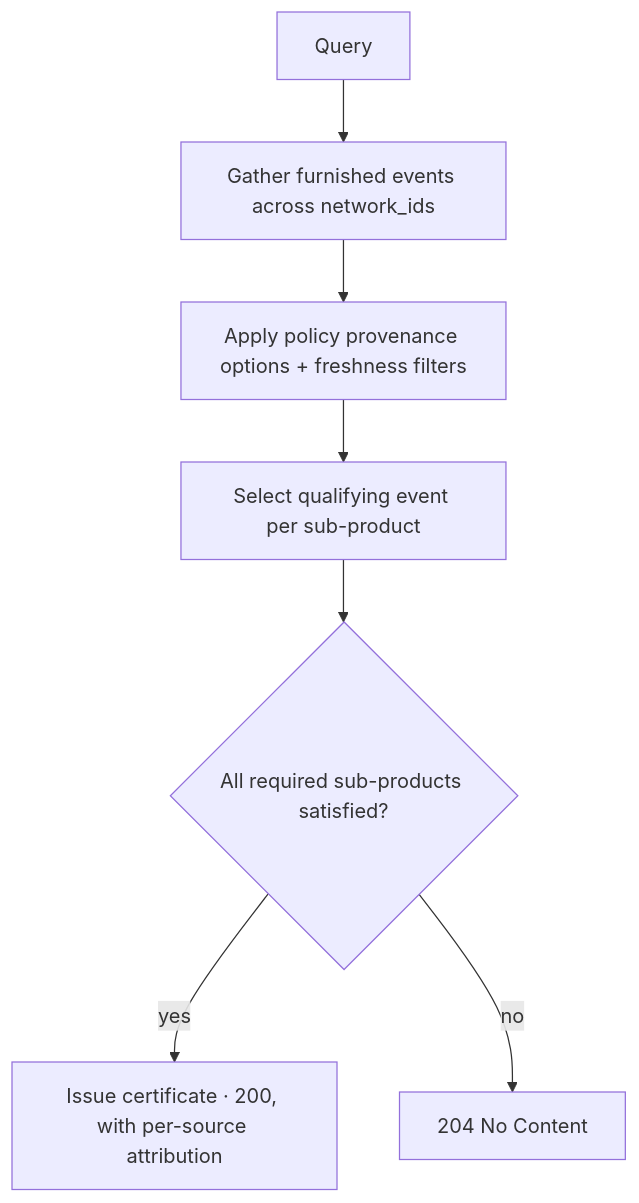
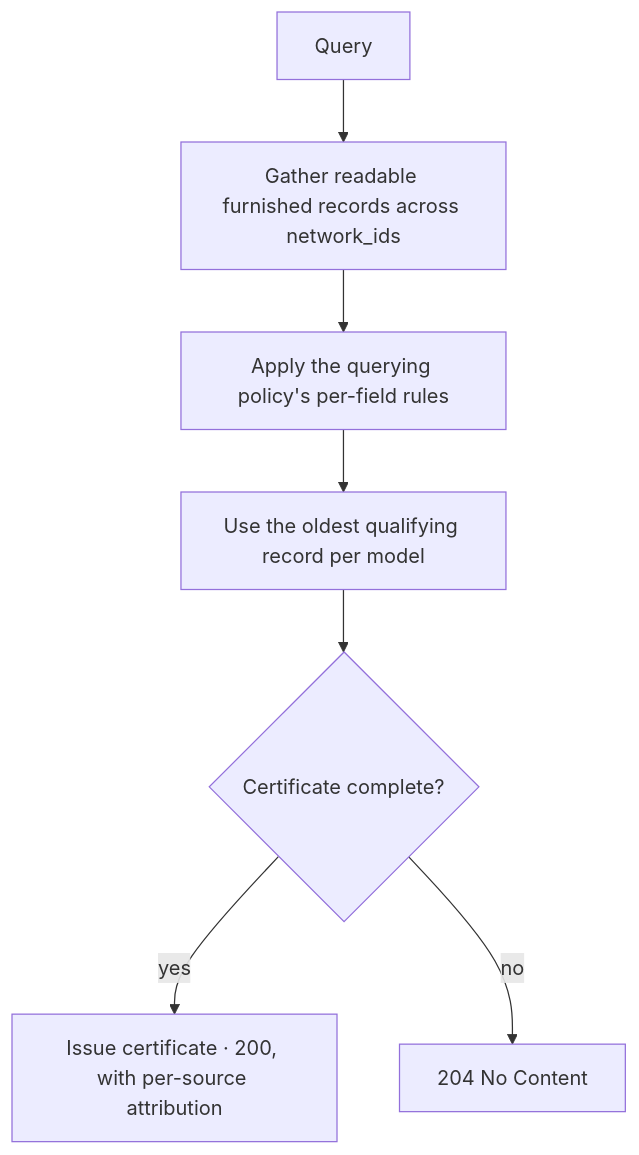
Before and after one commit to solo-finance/docs: the diagram in concepts/trust/provenance.mdx, drawn with Mermaid. The commit also changed other lines of this file and 190 other files, not shown here.

````diff
--- a/concepts/trust/provenance.mdx
+++ b/concepts/trust/provenance.mdx
@@ -78,9 +83,9 @@
 ```mermaid
 flowchart TB
-    Q[Query] --> Gather["Gather furnished events across network_ids"]
-    Gather --> Filter["Apply policy provenance options + freshness filters"]
-    Filter --> Pick["Select qualifying event per sub-product"]
-    Pick --> Decision{All required sub-products satisfied?}
+    Q[Query] --> Gather["Gather readable furnished records across network_ids"]
+    Gather --> Filter["Apply the querying policy's per-field rules"]
+    Filter --> Pick["Use the oldest qualifying record per model"]
+    Pick --> Decision{Certificate complete?}
     Decision -- yes --> Cert["Issue certificate · 200, with per-source attribution"]
     Decision -- no --> Empty["204 No Content"]
 ```
````
